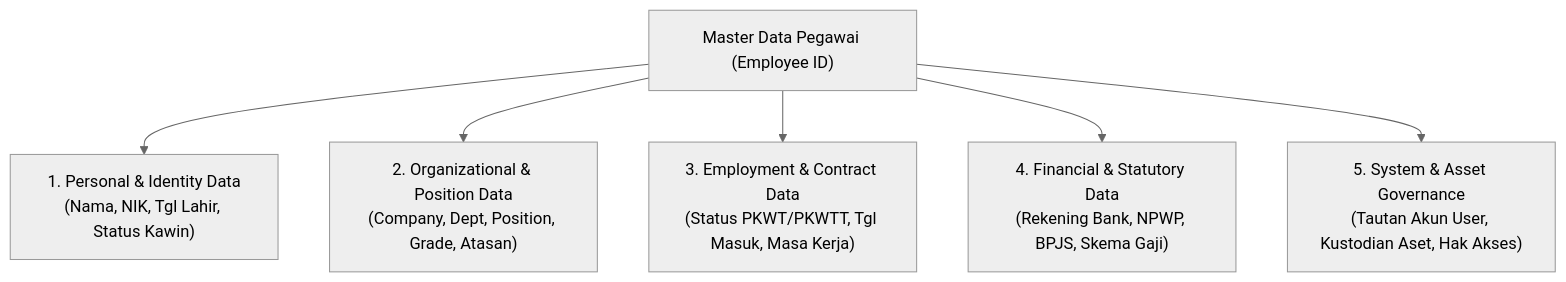
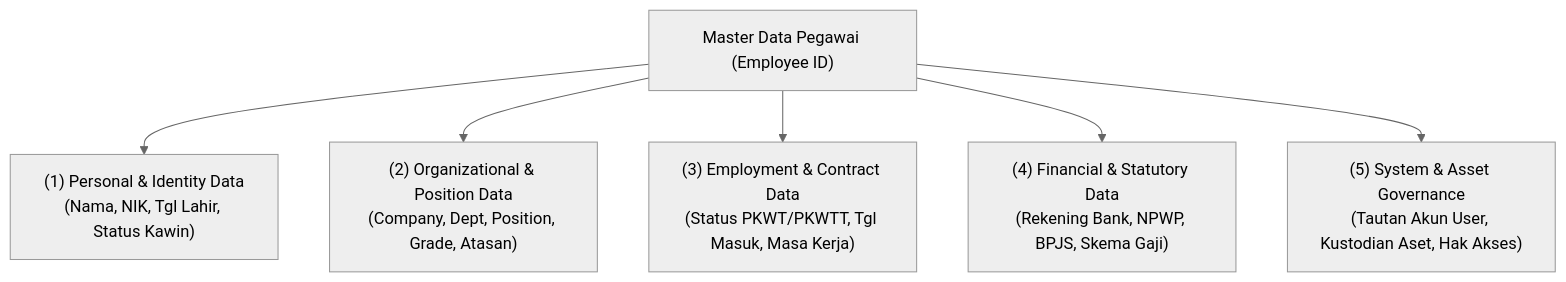
The diagram in content/10-hr/employee-master-data.md (alimurrofid/erp-notes), drawn with Mermaid (neutral theme) before and after one commit. The commit also changed 132 other files, not shown here.

````diff
--- a/content/10-hr/employee-master-data.md
+++ b/content/10-hr/employee-master-data.md
@@ -27,9 +27,9 @@
 ```mermaid
 flowchart TD
     EMP["Master Data Pegawai (Employee ID)"]
-    EMP --> S1["1. Personal & Identity Data<br/>(Nama, NIK, Tgl Lahir, Status Kawin)"]
-    EMP --> S2["2. Organizational & Position Data<br/>(Company, Dept, Position, Grade, Atasan)"]
-    EMP --> S3["3. Employment & Contract Data<br/>(Status PKWT/PKWTT, Tgl Masuk, Masa Kerja)"]
-    EMP --> S4["4. Financial & Statutory Data<br/>(Rekening Bank, NPWP, BPJS, Skema Gaji)"]
-    EMP --> S5["5. System & Asset Governance<br/>(Tautan Akun User, Kustodian Aset, Hak Akses)"]
+    EMP --> S1["(1) Personal & Identity Data<br/>(Nama, NIK, Tgl Lahir, Status Kawin)"]
+    EMP --> S2["(2) Organizational & Position Data<br/>(Company, Dept, Position, Grade, Atasan)"]
+    EMP --> S3["(3) Employment & Contract Data<br/>(Status PKWT/PKWTT, Tgl Masuk, Masa Kerja)"]
+    EMP --> S4["(4) Financial & Statutory Data<br/>(Rekening Bank, NPWP, BPJS, Skema Gaji)"]
+    EMP --> S5["(5) System & Asset Governance<br/>(Tautan Akun User, Kustodian Aset, Hak Akses)"]
 ```
````
